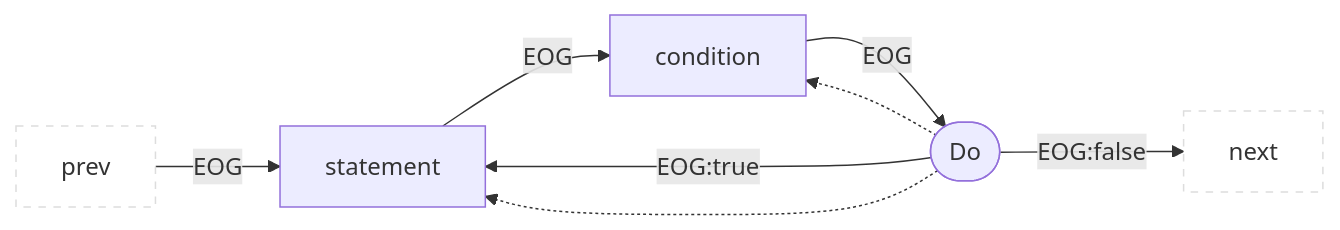
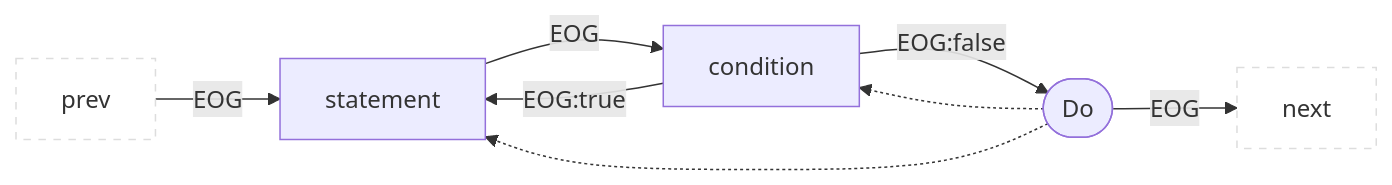
Diagram 36 of 49 in docs/docs/CPG/specs/eog.md (Fraunhofer-AISEC/cpg), drawn with Mermaid before and after one commit. The commit also changed other lines of this file, not shown here.

Commit message:
Adapt specification for EOG

````diff
--- a/docs/docs/CPG/specs/eog.md
+++ b/docs/docs/CPG/specs/eog.md
@@ -709,11 +709,11 @@
 ```mermaid
 flowchart LR
   classDef outer fill:#fff,stroke:#ddd,stroke-dasharray:5 5;
   prev:::outer --EOG--> child1["statement"];
   child1 --EOG--> child2["condition"];
-  child2 --EOG--> parent(["Do"]);
-  parent --EOG:false--> next:::outer
-  parent --EOG:true--> child1
+  child2 --EOG:true--> child1
+  child2 --EOG:false--> parent(["Do"]);
+  parent --EOG--> next:::outer
   parent -.-> child1
   parent -.-> child2
 ```
````
